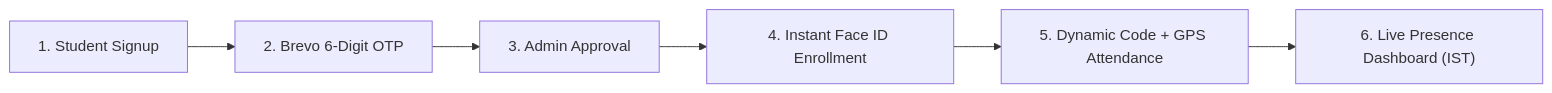
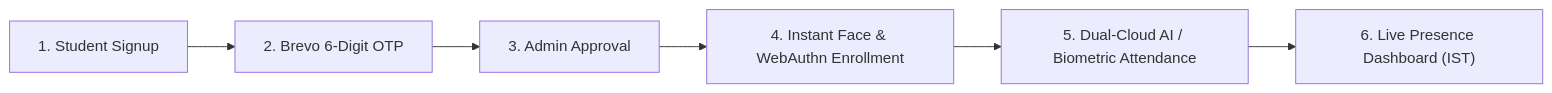
One commit to Tharun4743/Bus-attendance changed the second of 2 diagrams in README.md. Above: the diagram before and after it, drawn with Mermaid. The commit also changed other lines of this file, not shown here.

Commit message:
docs: Update README with Dual-Cloud AI Vision, WebAuthn biometrics, and 128-D vector architecture

````diff
--- a/README.md
+++ b/README.md
@@ -88,8 +104,8 @@
 ```mermaid
 flowchart LR
     A["1. Student Signup"] --> B["2. Brevo 6-Digit OTP"]
     B --> C["3. Admin Approval"]
-    C --> D["4. Instant Face ID Enrollment"]
-    D --> E["5. Dynamic Code + GPS Attendance"]
+    C --> D["4. Instant Face & WebAuthn Enrollment"]
+    D --> E["5. Dual-Cloud AI / Biometric Attendance"]
     E --> F["6. Live Presence Dashboard (IST)"]
 ```
````
